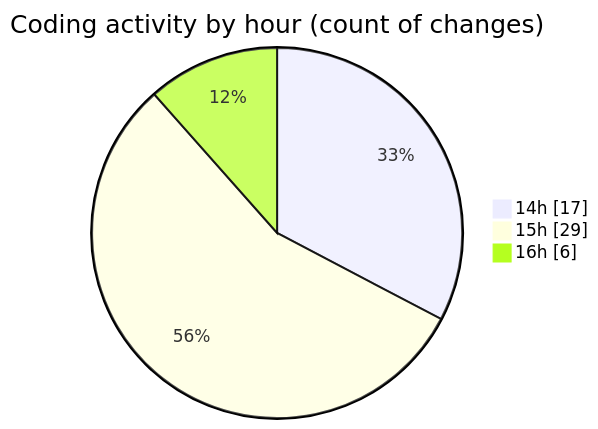
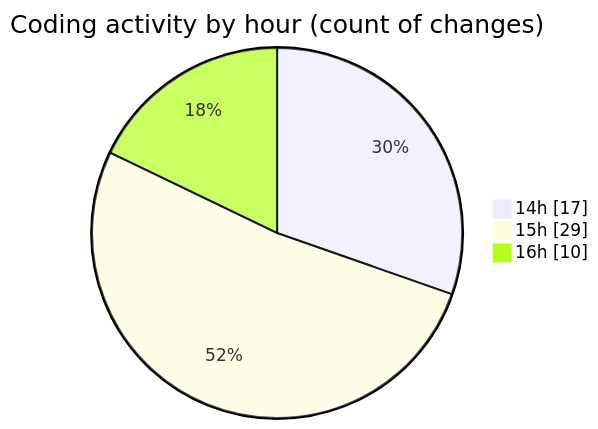
The second of 2 diagrams in 2025-04-10/trackers_app/README.md (donsfak/code-tracking), drawn with Mermaid before and after one commit. The commit also changed other lines of this file and 1 other file, not shown here.

````diff
--- a/2025-04-10/trackers_app/README.md
+++ b/2025-04-10/trackers_app/README.md
@@ -43,7 +45,7 @@
 ```mermaid
 pie showData
 title Coding activity by hour (count of changes)
 "14h" : 17
 "15h" : 29
-"16h" : 6
+"16h" : 10
 ```
````
